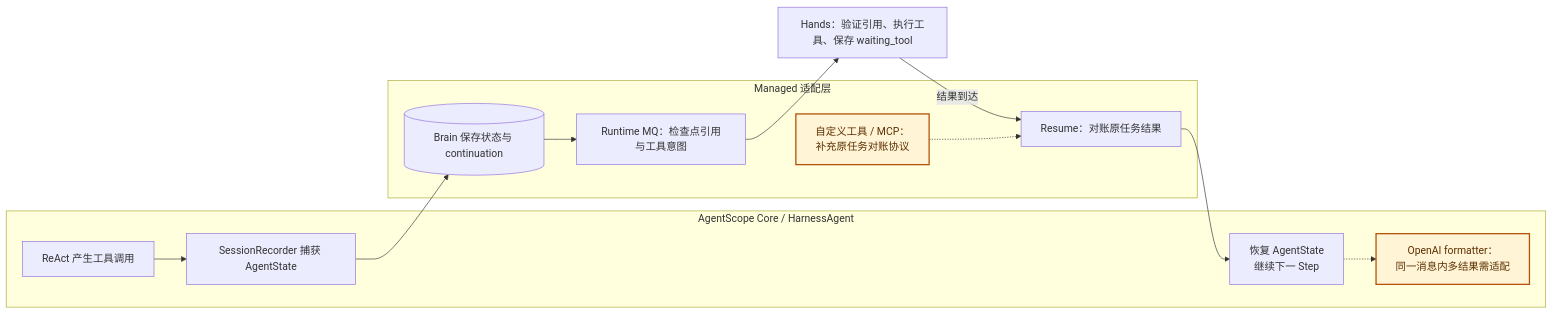
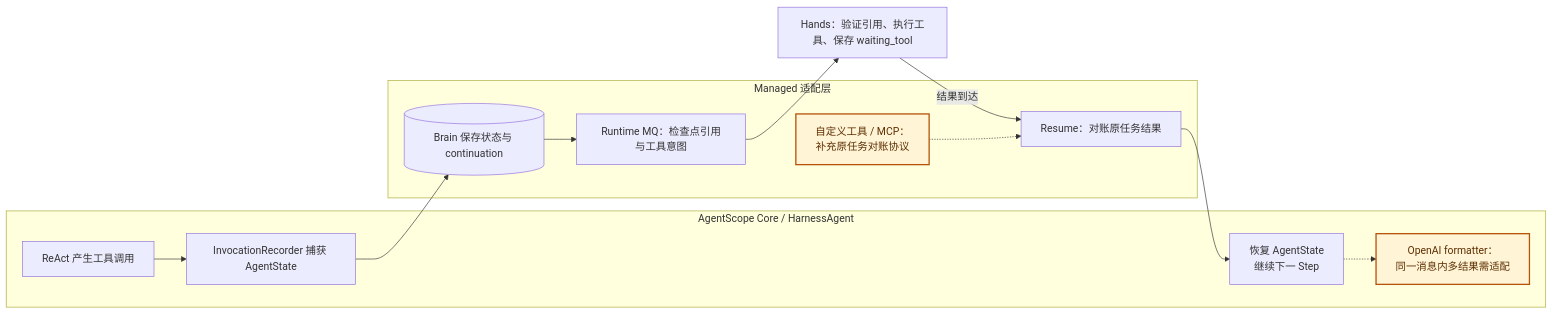
Before and after one commit to agentscope-ai/agentscope-java: diagram 11 of 13 in docs/v2/zh/blogs/harness-design.md, drawn with Mermaid. The commit also changed other lines of this file and 4515 other files, not shown here.

````diff
--- a/docs/v2/zh/blogs/harness-design.md
+++ b/docs/v2/zh/blogs/harness-design.md
@@ -485,21 +485,21 @@
 ```mermaid
 flowchart LR
     subgraph K["AgentScope Core / HarnessAgent"]
-        A["ReAct 产生工具调用"] --> B["SessionRecorder 捕获 AgentState"]
+        A["ReAct 产生工具调用"] --> B["InvocationRecorder 捕获 AgentState"]
         G["恢复 AgentState<br/>继续下一 Step"]
         F["OpenAI formatter：<br/>同一消息内多结果需适配"]
     end
     subgraph M["Managed 适配层"]
         C[("Brain 保存状态与 continuation")]
         T["Runtime MQ：检查点引用与工具意图"]
         E["Resume：对账原任务结果"]
         R["自定义工具 / MCP：<br/>补充原任务对账协议"]
     end
     H["Hands：验证引用、执行工具、保存 waiting_tool"]
     B --> C --> T --> H
     H -->|"结果到达"| E --> G
     R -.-> E
     G -.-> F
     classDef risk fill:#fff4d6,stroke:#b45309,stroke-width:2px,color:#5c2e00
     class R,F risk
 ```
````
